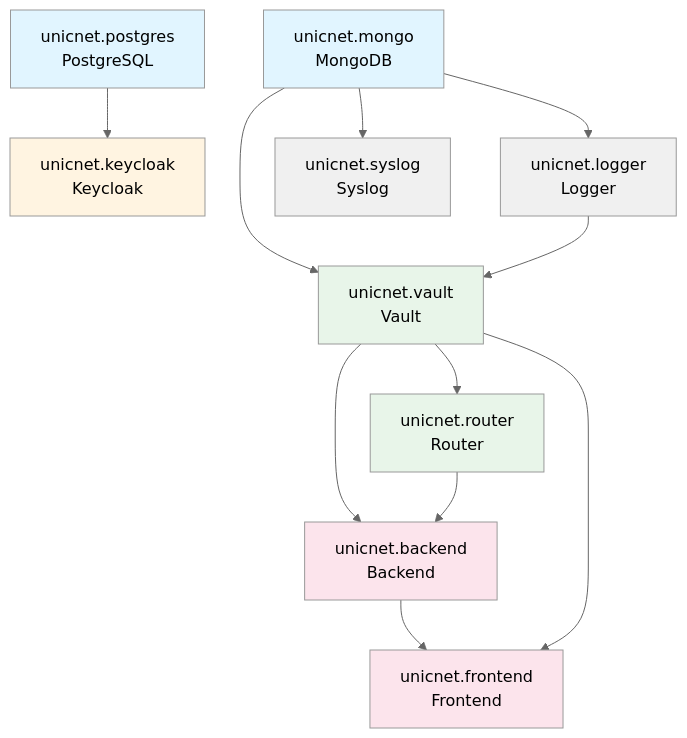
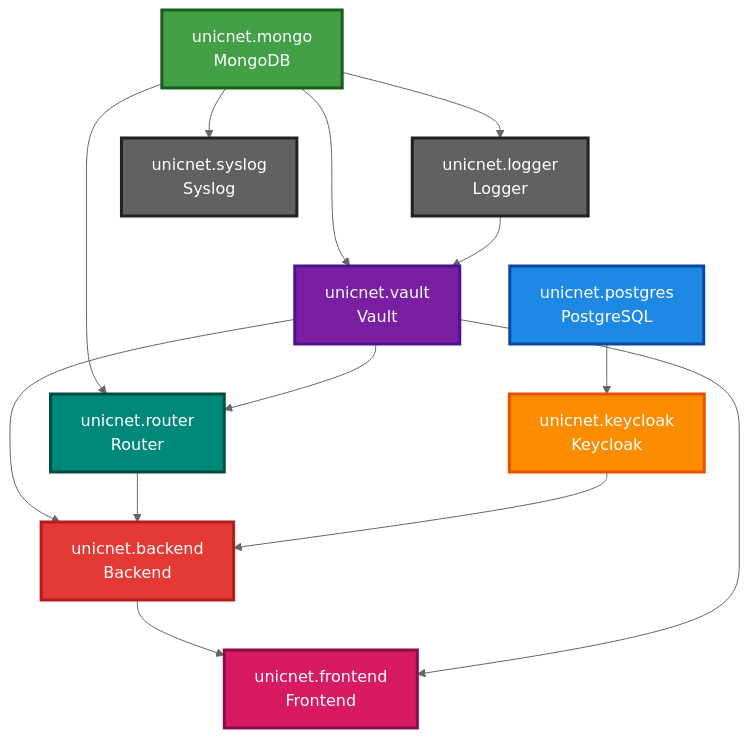
The diagram in install_all_in_one_instructions.md (rightsoftware-ru/unicnet.enterprise), drawn with Mermaid (neutral theme) before and after one commit. The commit also changed other lines of this file and 1 other file, not shown here.

Commit message:
Обновлены зависимости: router зависит от mongo, backend от keycloak. Улучшены цвета на диаграмме

````diff
--- a/install_all_in_one_instructions.md
+++ b/install_all_in_one_instructions.md
@@ -77,36 +77,38 @@
 ```mermaid
 graph TD
     PG[unicnet.postgres<br/>PostgreSQL]
     MG[unicnet.mongo<br/>MongoDB]
     
     KC[unicnet.keycloak<br/>Keycloak]
     LG[unicnet.logger<br/>Logger]
     SL[unicnet.syslog<br/>Syslog]
     
     VT[unicnet.vault<br/>Vault]
     RT[unicnet.router<br/>Router]
     
     BE[unicnet.backend<br/>Backend]
     FE[unicnet.frontend<br/>Frontend]
     
     PG --> KC
     MG --> LG
     MG --> SL
     MG --> VT
+    MG --> RT
     LG --> VT
     VT --> RT
     VT --> BE
     RT --> BE
+    KC --> BE
     BE --> FE
     VT --> FE
     
-    style PG fill:#e1f5ff
-    style MG fill:#e1f5ff
-    style KC fill:#fff4e1
-    style LG fill:#f0f0f0
-    style SL fill:#f0f0f0
-    style VT fill:#e8f5e9
-    style RT fill:#e8f5e9
-    style BE fill:#fce4ec
-    style FE fill:#fce4ec
+    style PG fill:#1e88e5,stroke:#0d47a1,stroke-width:3px,color:#ffffff
+    style MG fill:#43a047,stroke:#1b5e20,stroke-width:3px,color:#ffffff
+    style KC fill:#fb8c00,stroke:#e65100,stroke-width:3px,color:#ffffff
+    style LG fill:#616161,stroke:#212121,stroke-width:3px,color:#ffffff
+    style SL fill:#616161,stroke:#212121,stroke-width:3px,color:#ffffff
+    style VT fill:#7b1fa2,stroke:#4a148c,stroke-width:3px,color:#ffffff
+    style RT fill:#00897b,stroke:#004d40,stroke-width:3px,color:#ffffff
+    style BE fill:#e53935,stroke:#b71c1c,stroke-width:3px,color:#ffffff
+    style FE fill:#d81b60,stroke:#880e4f,stroke-width:3px,color:#ffffff
 ```
````
